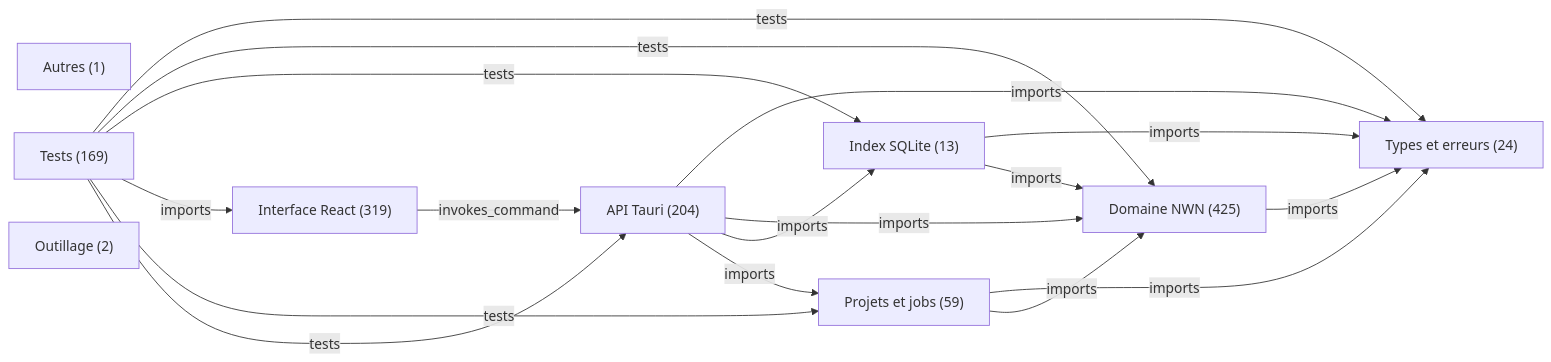
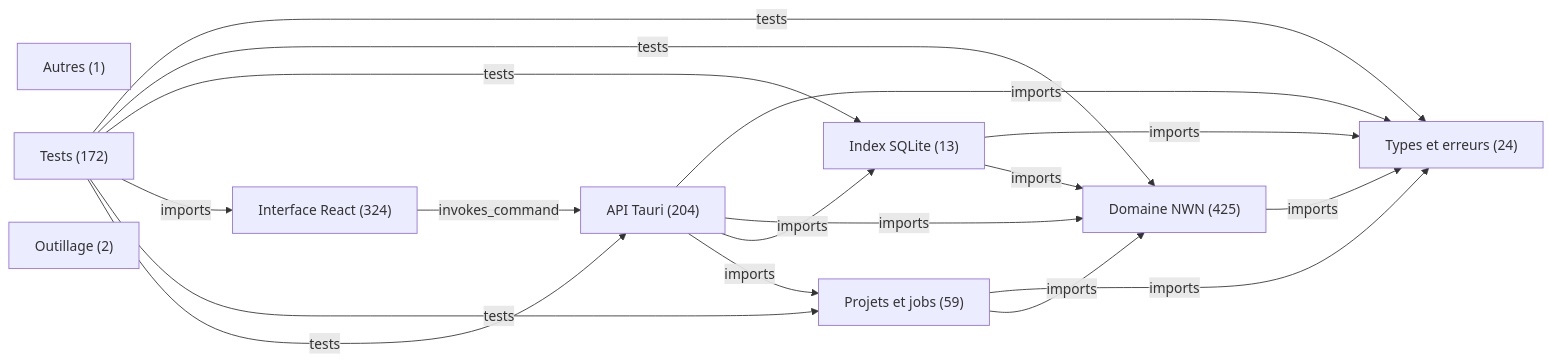
One commit to Karenax/OpenNever_Forge changed the diagram in docs/architecture/overview.mmd. Above: the diagram before and after it, drawn with Mermaid. The commit also changed 16 other files, not shown here.

```diff
--- a/docs/architecture/overview.mmd
+++ b/docs/architecture/overview.mmd
@@ -1,26 +1,26 @@
 flowchart LR
   layer_0["Types et erreurs (24)"]
   layer_1["Domaine NWN (425)"]
   layer_2["Index SQLite (13)"]
-  layer_3["Interface React (319)"]
+  layer_3["Interface React (324)"]
   layer_4["Autres (1)"]
   layer_5["Projets et jobs (59)"]
   layer_6["API Tauri (204)"]
-  layer_7["Tests (169)"]
+  layer_7["Tests (172)"]
   layer_8["Outillage (2)"]
   layer_1 -->|"imports"| layer_0
   layer_2 -->|"imports"| layer_0
   layer_2 -->|"imports"| layer_1
   layer_3 -->|"invokes_command"| layer_6
   layer_5 -->|"imports"| layer_0
   layer_5 -->|"imports"| layer_1
   layer_6 -->|"imports"| layer_0
   layer_6 -->|"imports"| layer_1
   layer_6 -->|"imports"| layer_2
   layer_6 -->|"imports"| layer_5
   layer_7 -->|"tests"| layer_0
   layer_7 -->|"tests"| layer_1
   layer_7 -->|"tests"| layer_2
   layer_7 -->|"imports"| layer_3
   layer_7 -->|"tests"| layer_5
   layer_7 -->|"tests"| layer_6
```
